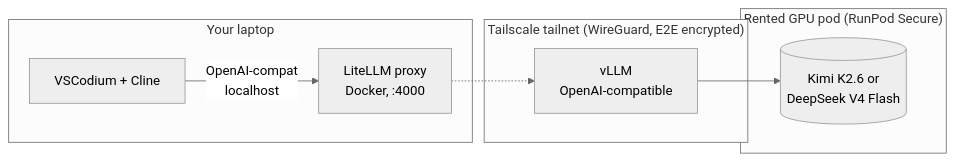
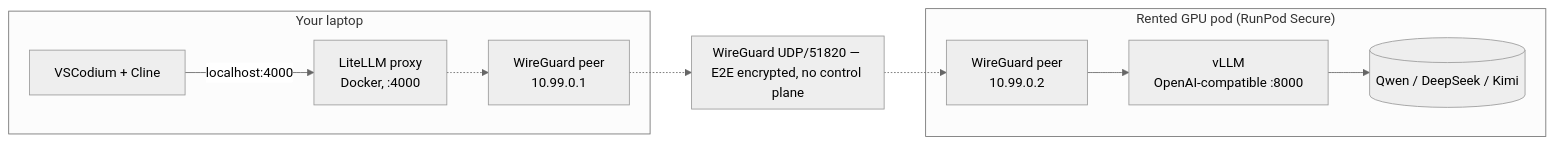
Before and after one commit to dealright/zdr-coder: the diagram in README.md, drawn with Mermaid (neutral theme). The commit also changed other lines of this file and 11 other files, not shown here.

First line of the commit message:
v0.2: pure WireGuard (no control plane), HF-Mirror by default, three tier presets

````diff
--- a/README.md
+++ b/README.md
@@ -16,15 +19,19 @@
 ```mermaid
 flowchart LR
     subgraph laptop["Your laptop"]
         Cline["VSCodium + Cline"]
         LiteLLM["LiteLLM proxy<br/>Docker, :4000"]
-        Cline -->|"OpenAI-compat<br/>localhost"| LiteLLM
+        WG1["WireGuard peer<br/>10.99.0.1"]
+        Cline -->|"localhost:4000"| LiteLLM
+        LiteLLM -.-> WG1
     end
-    subgraph tailnet["Tailscale tailnet (WireGuard, E2E encrypted)"]
-        LiteLLM -.-> vLLM
+    subgraph wgmesh["WireGuard UDP/51820 — E2E encrypted, no control plane"]
     end
     subgraph gpu["Rented GPU pod (RunPod Secure)"]
-        vLLM["vLLM<br/>OpenAI-compatible"]
-        vLLM --> Model[("Kimi K2.6 or<br/>DeepSeek V4 Flash")]
+        WG2["WireGuard peer<br/>10.99.0.2"]
+        vLLM["vLLM<br/>OpenAI-compatible :8000"]
+        Model[("Qwen / DeepSeek / Kimi")]
+        WG2 --> vLLM --> Model
     end
+    WG1 -.-> wgmesh -.-> WG2
 ```
````
